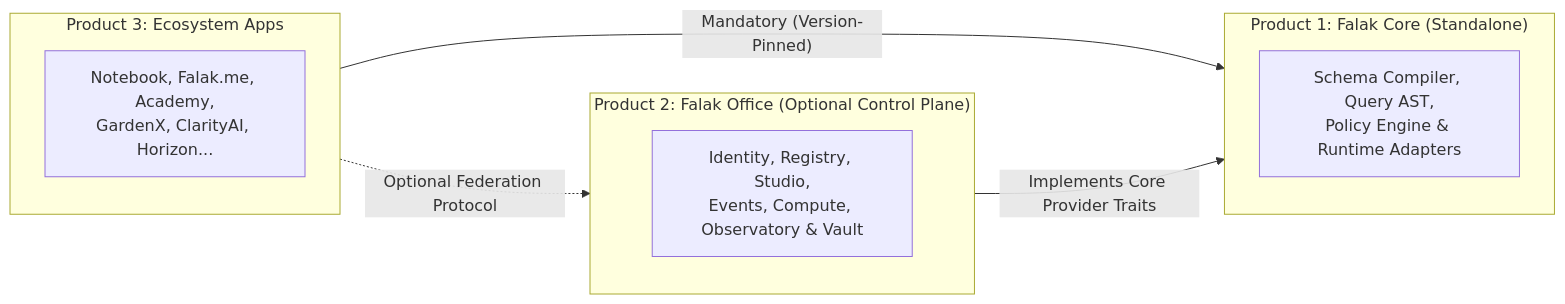
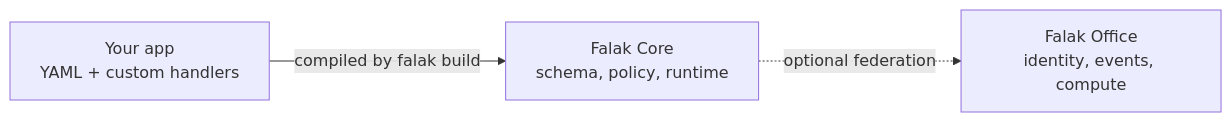
The diagram in ARCHITECTURE.md (falakme/framework), drawn with Mermaid before and after one commit. The commit also changed other lines of this file and 2 other files, not shown here.

First line of the commit message:
Rewrite ARCHITECTURE and TASKS for the current framework

````diff
--- a/ARCHITECTURE.md
+++ b/ARCHITECTURE.md
@@ -9,18 +16,5 @@
 ```mermaid
 flowchart LR
-    subgraph Layer1["Product 1: Falak Core (Standalone)"]
-        Core["Schema Compiler, Query AST,<br/>Policy Engine & Runtime Adapters"]
-    end
-
-    subgraph Layer2["Product 2: Falak Office (Optional Control Plane)"]
-        Office["Identity, Registry, Studio,<br/>Events, Compute, Observatory & Vault"]
-    end
-
-    subgraph Layer3["Product 3: Ecosystem Apps"]
-        Apps["Notebook, Falak.me, Academy,<br/>GardenX, ClarityAI, Horizon..."]
-    end
-
-    Layer3 -->|"Mandatory (Version-Pinned)"| Layer1
-    Layer3 -.->|"Optional Federation Protocol"| Layer2
-    Layer2 -->|"Implements Core Provider Traits"| Layer1
+    App["Your app<br/>YAML + custom handlers"] -->|"compiled by falak build"| Core["Falak Core<br/>schema, policy, runtime"]
+    Core -.->|"optional federation"| Office["Falak Office<br/>identity, events, compute"]
 ```
````
